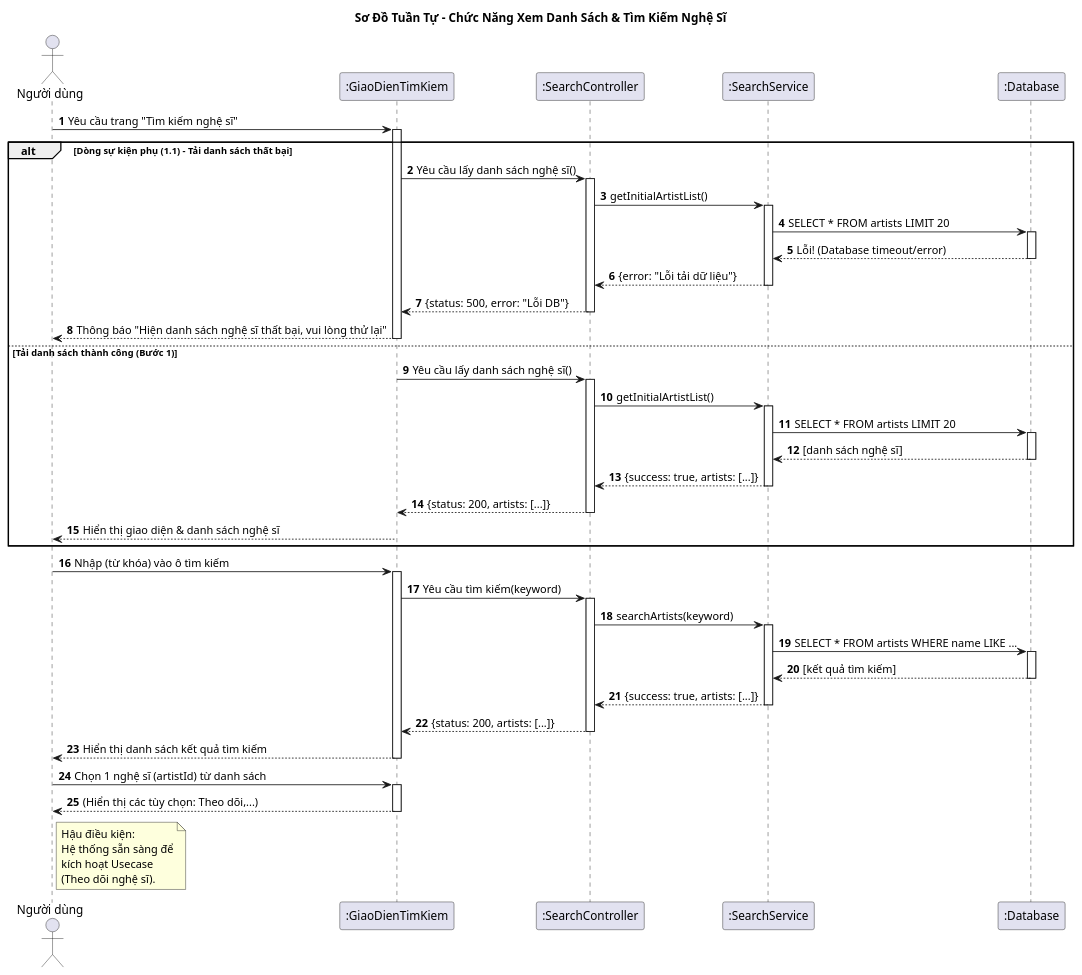
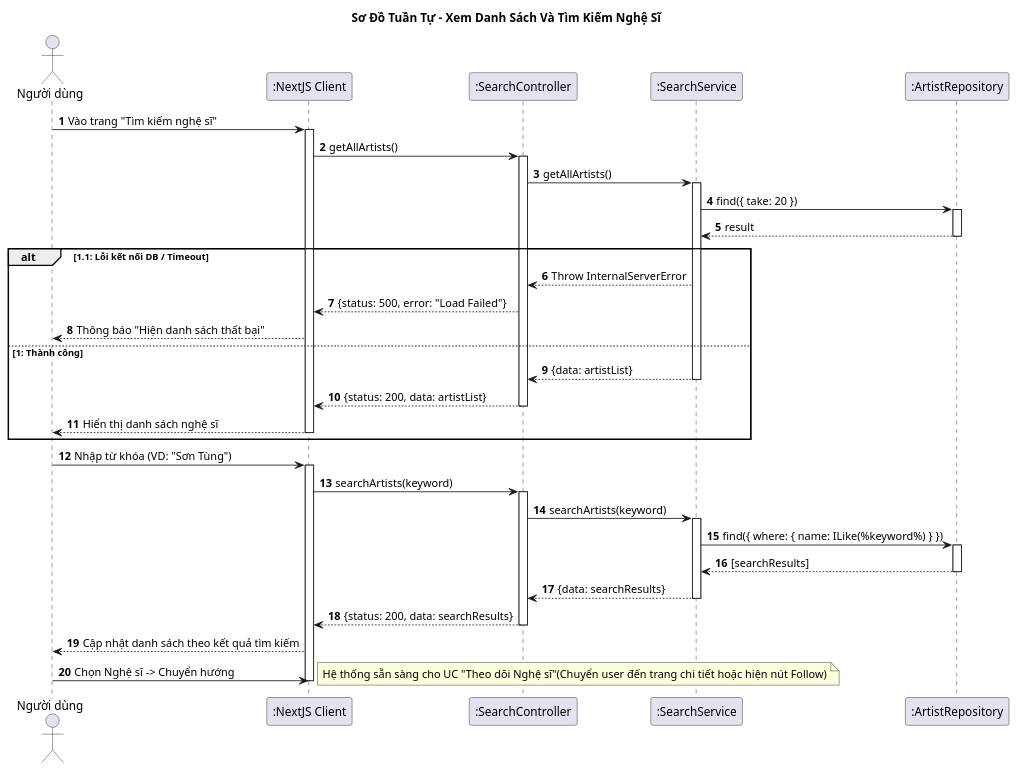
Before and after one commit to vinh047/soundwave: the diagram in Diagrams/SequenceDiagram/ViewSearchArtistSD.plantuml, drawn with PlantUML. The commit also changed 25 other files, not shown here.

Commit message:
Thêm phần toggle theo dõi vào đặc tả, sửa sequence, sửa class đồng bộ với sequence

```diff
--- a/Diagrams/SequenceDiagram/ViewSearchArtistSD.plantuml
+++ b/Diagrams/SequenceDiagram/ViewSearchArtistSD.plantuml
@@ -1,84 +1,72 @@
-@startuml Sequence Diagram - Xem Danh Sách & Tìm Kiếm Nghệ Sĩ
+@startuml Sequence Diagram - Xem Danh Sách Và Tìm Kiếm Nghệ Sĩ 
 
-title Sơ Đồ Tuần Tự - Chức Năng Xem Danh Sách & Tìm Kiếm Nghệ Sĩ
+title Sơ Đồ Tuần Tự - Xem Danh Sách Và Tìm Kiếm Nghệ Sĩ 
 
 actor "Người dùng" as User
-participant ":GiaoDienTimKiem" as UI
+participant ":NextJS Client" as UI
 participant ":SearchController" as Controller
 participant ":SearchService" as Service
-participant ":Database" as DB
+participant ":ArtistRepository" as DB
 
 autonumber
 
-' === Dòng sự kiện chính (bước 1) & Dòng sự kiện phụ (1.1) ===
-User -> UI: Yêu cầu trang "Tìm kiếm nghệ sĩ"
+' === BƯỚC 1: TẢI DANH SÁCH BAN ĐẦU ===
+User -> UI: Vào trang "Tìm kiếm nghệ sĩ"
 activate UI
 
-alt Dòng sự kiện phụ (1.1) - Tải danh sách thất bại
-    UI -> Controller: Yêu cầu lấy danh sách nghệ sĩ()
-    activate Controller
-    Controller -> Service: getInitialArtistList()
-    activate Service
-    Service -> DB: SELECT * FROM artists LIMIT 20
-    activate DB
-    DB --> Service: Lỗi! (Database timeout/error)
-    deactivate DB
-    Service --> Controller: {error: "Lỗi tải dữ liệu"}
+' Gửi request (Chỉ gửi 1 lần)
+UI -> Controller: getAllArtists()
+activate Controller
+Controller -> Service: getAllArtists()
+activate Service
+
+' Truy vấn DB
+Service -> DB: find({ take: 20 })
+activate DB
+DB --> Service: result
+deactivate DB
+
+' Phân nhánh kết quả trả về
+alt 1.1: Lỗi kết nối DB / Timeout
+    Service --> Controller: Throw InternalServerError
+    Controller --> UI: {status: 500, error: "Load Failed"}
+    UI --> User: Thông báo "Hiện danh sách thất bại"
+
+else 1: Thành công
+    Service --> Controller: {data: artistList}
     deactivate Service
-    Controller --> UI: {status: 500, error: "Lỗi DB"}
+    Controller --> UI: {status: 200, data: artistList}
     deactivate Controller
-    
-    UI --> User: Thông báo "Hiện danh sách nghệ sĩ thất bại, vui lòng thử lại"
-    deactivate UI
-
-else Tải danh sách thành công (Bước 1)
-    UI -> Controller: Yêu cầu lấy danh sách nghệ sĩ()
-    activate Controller
-    Controller -> Service: getInitialArtistList()
-    activate Service
-    Service -> DB: SELECT * FROM artists LIMIT 20
-    activate DB
-    DB --> Service: [danh sách nghệ sĩ]
-    deactivate DB
-    Service --> Controller: {success: true, artists: [...]}
-    deactivate Service
-    Controller --> UI: {status: 200, artists: [...]}
-    deactivate Controller
-    
-    UI --> User: Hiển thị giao diện & danh sách nghệ sĩ
+    UI --> User: Hiển thị danh sách nghệ sĩ
     deactivate UI
 end
 
-' === Dòng sự kiện chính (bước 2): Người dùng tìm kiếm ===
-User -> UI: Nhập (từ khóa) vào ô tìm kiếm
+' === BƯỚC 2: TÌM KIẾM ===
+User -> UI: Nhập từ khóa (VD: "Sơn Tùng")
 activate UI
-UI -> Controller: Yêu cầu tìm kiếm(keyword)
+
+' NestJS: Dùng Query Param (?q=keyword)
+UI -> Controller: searchArtists(keyword)
 activate Controller
 Controller -> Service: searchArtists(keyword)
 activate Service
-Service -> DB: SELECT * FROM artists WHERE name LIKE ...
+
+' TypeORM: Dùng ILIKE để tìm kiếm không phân biệt hoa thường
+Service -> DB: find({ where: { name: ILike(%keyword%) } })
 activate DB
-DB --> Service: [kết quả tìm kiếm]
+DB --> Service: [searchResults]
 deactivate DB
-Service --> Controller: {success: true, artists: [...]}
+
+Service --> Controller: {data: searchResults}
 deactivate Service
-Controller --> UI: {status: 200, artists: [...]}
+Controller --> UI: {status: 200, data: searchResults}
 deactivate Controller
 
-UI --> User: Hiển thị danh sách kết quả tìm kiếm
+UI --> User: Cập nhật danh sách theo kết quả tìm kiếm
+
+' === BƯỚC 3: CHỌN NGHỆ SĨ ===
+User -> UI: Chọn Nghệ sĩ -> Chuyển hướng
+note right: Hệ thống sẵn sàng cho UC "Theo dõi Nghệ sĩ"(Chuyển user đến trang chi tiết hoặc hiện nút Follow)
 deactivate UI
 
-' === Dòng sự kiện chính (bước 3) ===
-User -> UI: Chọn 1 nghệ sĩ (artistId) từ danh sách
-activate UI
-UI --> User: (Hiển thị các tùy chọn: Theo dõi,...)
-deactivate UI
-
-note right of User
-  Hậu điều kiện:
-  Hệ thống sẵn sàng để
-  kích hoạt Usecase 
-  (Theo dõi nghệ sĩ).
-end note
-
 @enduml
```
